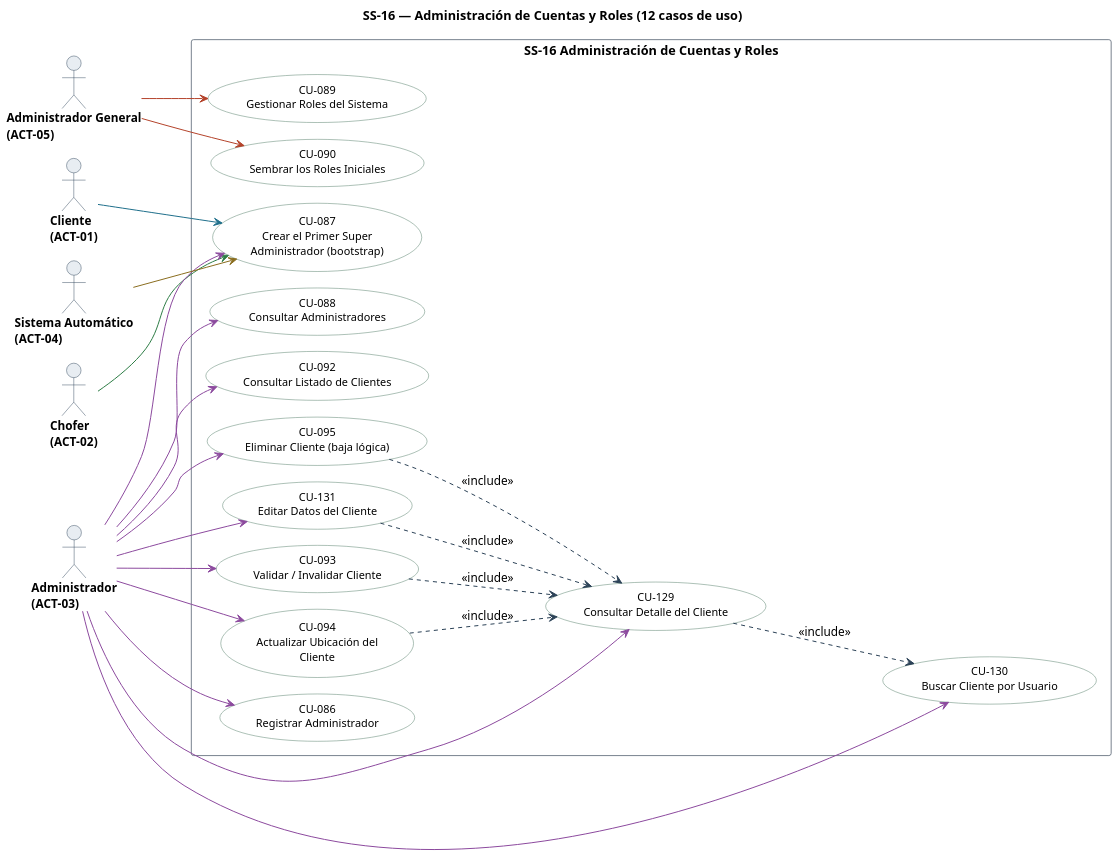
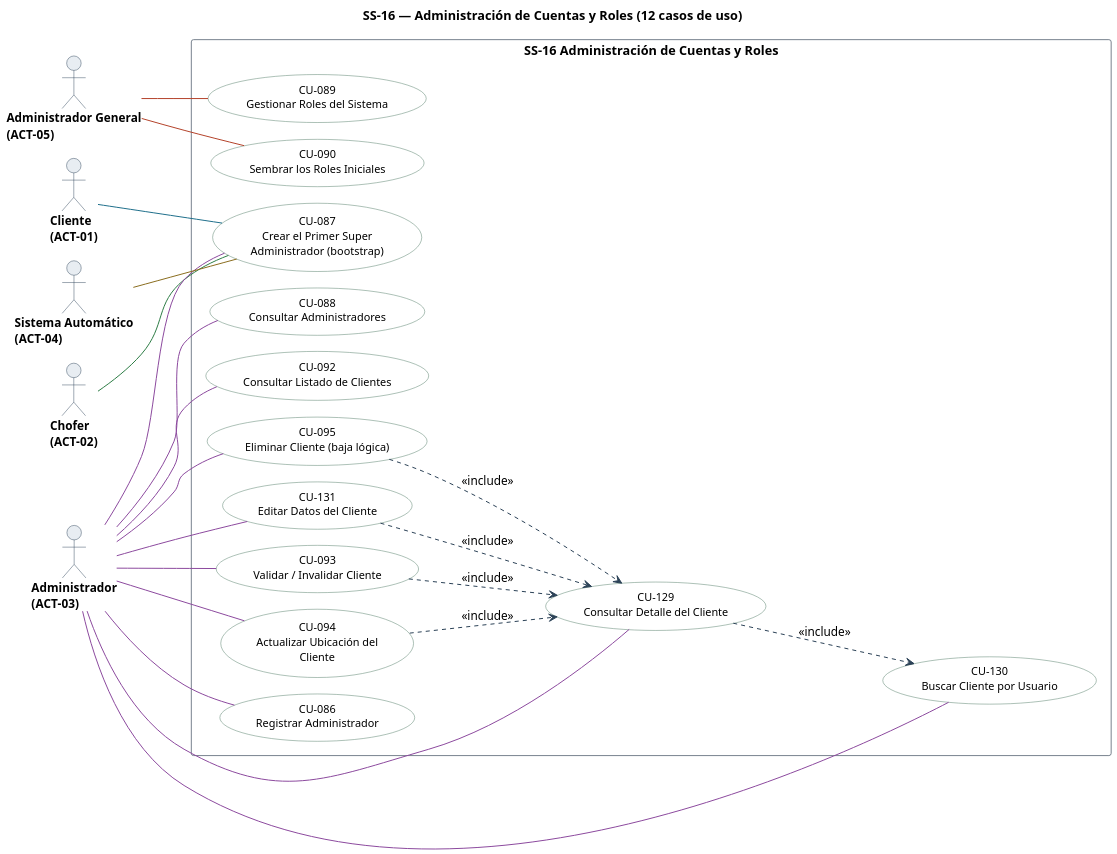
One commit to Nahuelito-Dev/splg-docs changed the diagram in diagramas/uml/CU_SS-16_Administracion-De-Cuentas-Y-Roles.puml. Above: the diagram before and after it, drawn with PlantUML. The commit also changed 66 other files, not shown here.

First line of the commit message:
fix(uml): el subsistema es un paquete, no un caso de uso

```diff
--- a/diagramas/uml/CU_SS-16_Administracion-De-Cuentas-Y-Roles.puml
+++ b/diagramas/uml/CU_SS-16_Administracion-De-Cuentas-Y-Roles.puml
@@ -1,79 +1,81 @@
 @startuml
 title SS-16 — Administración de Cuentas y Roles (12 casos de uso)
 left to right direction
 skinparam backgroundColor #FFFFFF
 skinparam shadowing false
 skinparam defaultFontName Helvetica
 skinparam defaultFontSize 13
 skinparam dpi 150
 skinparam ArrowColor #2C4257
 skinparam ArrowThickness 1.1
 skinparam actor {
   BorderColor #2C4257
   BackgroundColor #E8EDF2
   FontSize 13
   FontStyle bold
 }
 skinparam usecase {
   BorderColor #2C4257
   BackgroundColor #FFFFFF
   FontSize 12
 }
 skinparam rectangle {
   BorderColor #6B7683
   FontSize 14
   FontStyle bold
 }
 
 skinparam nodesep 18
 skinparam ranksep 70
 skinparam usecase {
   BorderColor<<pendiente>> #9C4436
   BackgroundColor<<pendiente>> #F6E4E1
+  BorderColor<<factorizado>> #6B7683
+  BackgroundColor<<factorizado>> #F2F4F6
 }
 
 actor "Cliente\n(ACT-01)" as A01
 actor "Chofer\n(ACT-02)" as A02
 actor "Administrador\n(ACT-03)" as A03
 actor "Sistema Automático\n(ACT-04)" as A04
 actor "Administrador General\n(ACT-05)" as A05
 
 rectangle "SS-16 Administración de Cuentas y Roles" {
   usecase "CU-086\nRegistrar Administrador" as U086 #back:FFFFFF;line:4B7560
   usecase "CU-087\nCrear el Primer Super\nAdministrador (bootstrap)" as U087 #back:FFFFFF;line:4B7560
   usecase "CU-088\nConsultar Administradores" as U088 #back:FFFFFF;line:4B7560
   usecase "CU-089\nGestionar Roles del Sistema" as U089 #back:FFFFFF;line:4B7560
   usecase "CU-090\nSembrar los Roles Iniciales" as U090 #back:FFFFFF;line:4B7560
   usecase "CU-092\nConsultar Listado de Clientes" as U092 #back:FFFFFF;line:4B7560
   usecase "CU-093\nValidar / Invalidar Cliente" as U093 #back:FFFFFF;line:4B7560
   usecase "CU-094\nActualizar Ubicación del\nCliente" as U094 #back:FFFFFF;line:4B7560
   usecase "CU-095\nEliminar Cliente (baja lógica)" as U095 #back:FFFFFF;line:4B7560
   usecase "CU-129\nConsultar Detalle del Cliente" as U129 #back:FFFFFF;line:4B7560
   usecase "CU-130\nBuscar Cliente por Usuario" as U130 #back:FFFFFF;line:4B7560
   usecase "CU-131\nEditar Datos del Cliente" as U131 #back:FFFFFF;line:4B7560
 }
 
-A01 -[#1F6F8B]-> U087
-A02 -[#2E7D46]-> U087
-A03 -[#8C4A9E]-> U086
-A03 -[#8C4A9E]-> U087
-A03 -[#8C4A9E]-> U088
-A03 -[#8C4A9E]-> U092
-A03 -[#8C4A9E]-> U093
-A03 -[#8C4A9E]-> U094
-A03 -[#8C4A9E]-> U095
-A03 -[#8C4A9E]-> U129
-A03 -[#8C4A9E]-> U130
-A03 -[#8C4A9E]-> U131
-A04 -[#8A6D1F]-> U087
-A05 -[#B4432B]-> U089
-A05 -[#B4432B]-> U090
+A01 -[#1F6F8B]- U087
+A02 -[#2E7D46]- U087
+A03 -[#8C4A9E]- U086
+A03 -[#8C4A9E]- U087
+A03 -[#8C4A9E]- U088
+A03 -[#8C4A9E]- U092
+A03 -[#8C4A9E]- U093
+A03 -[#8C4A9E]- U094
+A03 -[#8C4A9E]- U095
+A03 -[#8C4A9E]- U129
+A03 -[#8C4A9E]- U130
+A03 -[#8C4A9E]- U131
+A04 -[#8A6D1F]- U087
+A05 -[#B4432B]- U089
+A05 -[#B4432B]- U090
 
 ' escribir sobre algo exige leerlo antes: la busqueda entra por <<include>>
 U093 ..> U129 : <<include>>
 U094 ..> U129 : <<include>>
 U095 ..> U129 : <<include>>
 U131 ..> U129 : <<include>>
 U129 ..> U130 : <<include>>
 
 @enduml
```
